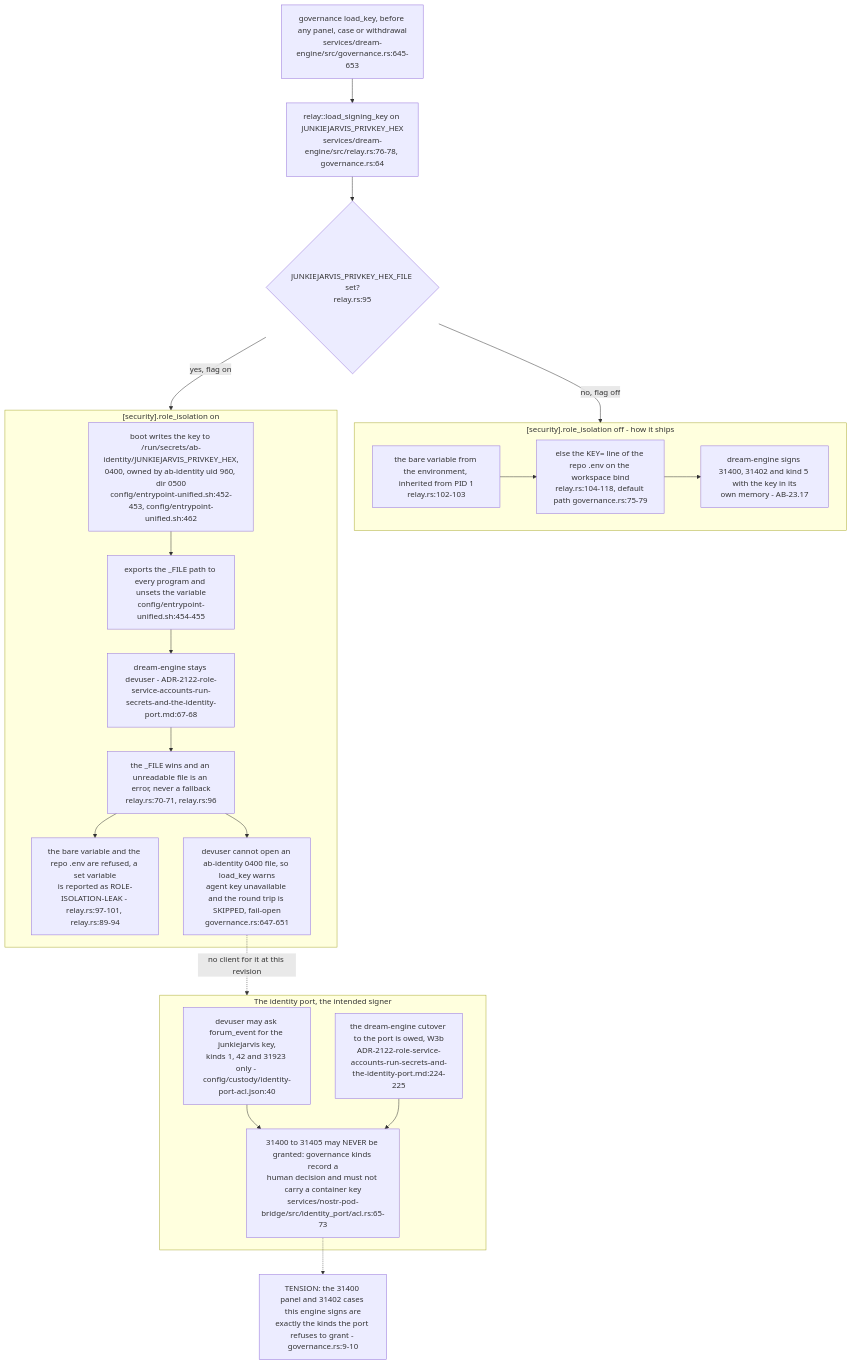
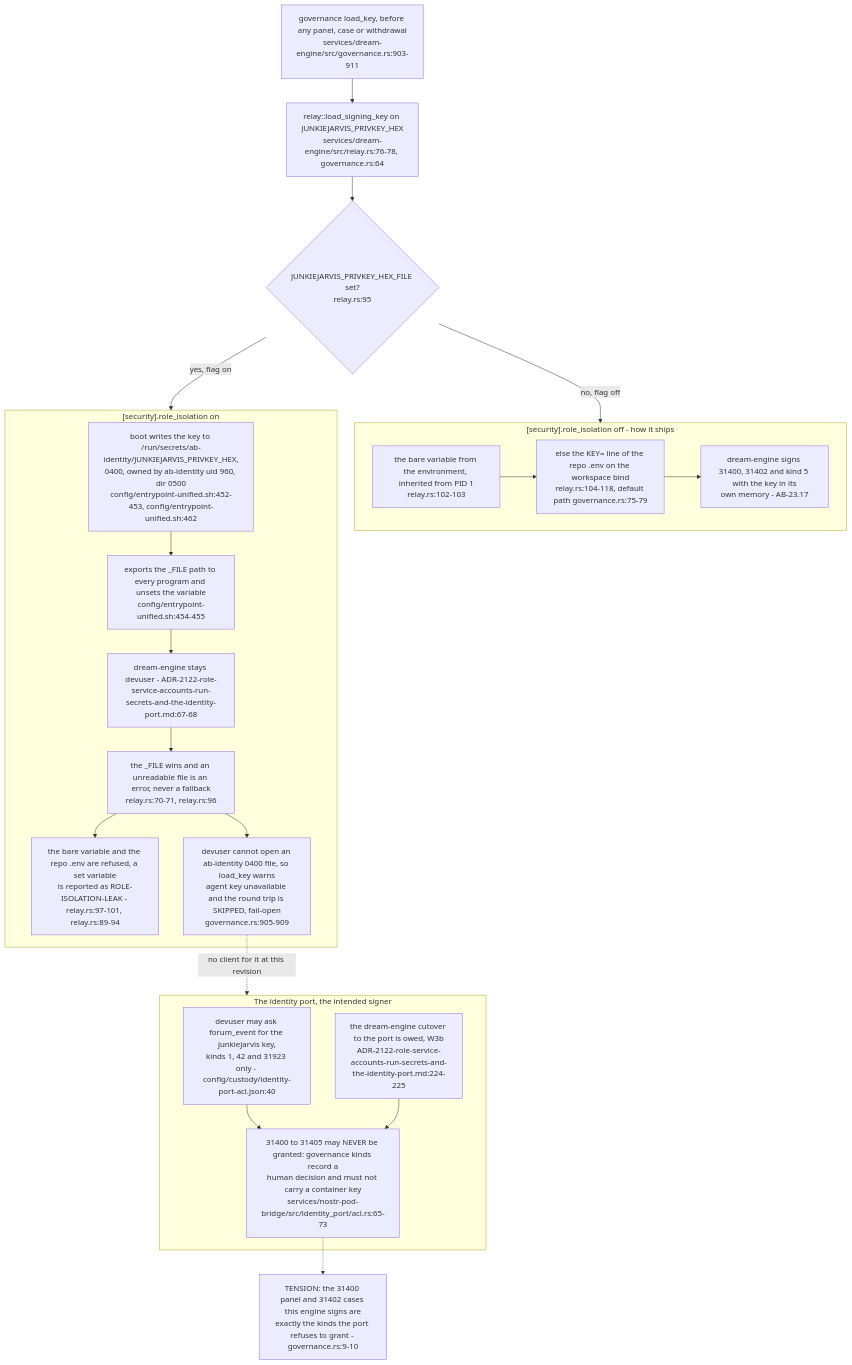
Before and after one commit to DreamLab-AI/VisionFlow: diagram 20 of 20 in docs/diagrams/agentbox/23-dream-engine.md, drawn with Mermaid. The commit also changed other lines of this file and 80 other files, not shown here.

First line of the commit message:
docs(diagrams): re-verify the agentbox, dreamlab, estate and visionflow corpus against current sources

````diff
--- a/docs/diagrams/agentbox/23-dream-engine.md
+++ b/docs/diagrams/agentbox/23-dream-engine.md
@@ -1001,34 +1031,34 @@
 ```mermaid
 flowchart TB
-    GOVN["governance load_key, before any panel, case or withdrawal<br/>services/dream-engine/src/governance.rs:645-653"]
+    GOVN["governance load_key, before any panel, case or withdrawal<br/>services/dream-engine/src/governance.rs:903-911"]
     LSK["relay::load_signing_key on JUNKIEJARVIS_PRIVKEY_HEX<br/>services/dream-engine/src/relay.rs:76-78, governance.rs:64"]
     FV{"JUNKIEJARVIS_PRIVKEY_HEX_FILE set?<br/>relay.rs:95"}
     GOVN --> LSK --> FV
     subgraph off["[security].role_isolation off - how it ships"]
         O1["the bare variable from the environment, inherited from PID 1<br/>relay.rs:102-103"]
         O2["else the KEY= line of the repo .env on the workspace bind<br/>relay.rs:104-118, default path governance.rs:75-79"]
         O3["dream-engine signs 31400, 31402 and kind 5 with the key in its<br/>own memory - AB-23.17"]
         O1 --> O2 --> O3
     end
     subgraph on["[security].role_isolation on"]
         E1["boot writes the key to /run/secrets/ab-identity/JUNKIEJARVIS_PRIVKEY_HEX,<br/>0400, owned by ab-identity uid 960, dir 0500<br/>config/entrypoint-unified.sh:452-453, config/entrypoint-unified.sh:462"]
         E2["exports the _FILE path to every program and unsets the variable<br/>config/entrypoint-unified.sh:454-455"]
         E3["dream-engine stays devuser - ADR-2122-role-service-accounts-run-secrets-and-the-identity-port.md:67-68"]
         E4["the _FILE wins and an unreadable file is an error, never a fallback<br/>relay.rs:70-71, relay.rs:96"]
         E5["the bare variable and the repo .env are refused, a set variable<br/>is reported as ROLE-ISOLATION-LEAK - relay.rs:97-101, relay.rs:89-94"]
-        E6["devuser cannot open an ab-identity 0400 file, so load_key warns<br/>agent key unavailable and the round trip is SKIPPED, fail-open<br/>governance.rs:647-651"]
+        E6["devuser cannot open an ab-identity 0400 file, so load_key warns<br/>agent key unavailable and the round trip is SKIPPED, fail-open<br/>governance.rs:905-909"]
         E1 --> E2 --> E3 --> E4 --> E6
         E4 --> E5
     end
     FV -->|"no, flag off"| off
     FV -->|"yes, flag on"| on
     subgraph port["The identity port, the intended signer"]
         P1["devuser may ask forum_event for the junkiejarvis key,<br/>kinds 1, 42 and 31923 only - config/custody/identity-port-acl.json:40"]
         P2["31400 to 31405 may NEVER be granted: governance kinds record a<br/>human decision and must not carry a container key<br/>services/nostr-pod-bridge/src/identity_port/acl.rs:65-73"]
         P3["the dream-engine cutover to the port is owed, W3b<br/>ADR-2122-role-service-accounts-run-secrets-and-the-identity-port.md:224-225"]
         P1 --> P2
         P3 --> P2
     end
     E6 -.->|"no client for it at this revision"| port
     P2 -.-> T["TENSION: the 31400 panel and 31402 cases this engine signs are<br/>exactly the kinds the port refuses to grant - governance.rs:9-10"]
 ```
````
